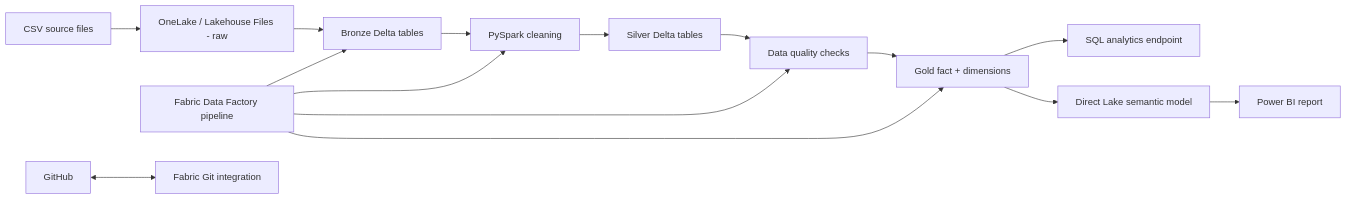
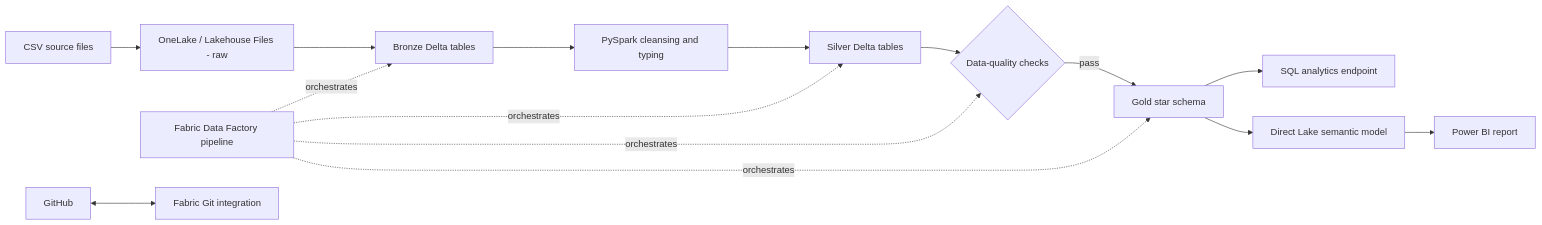
Before and after one commit to someshbvrm/microsoft-fabric-retail-analytics: the diagram in docs/architecture.md, drawn with Mermaid. The commit also changed other lines of this file and 11 other files, not shown here.

````diff
--- a/docs/architecture.md
+++ b/docs/architecture.md
@@ -3,17 +3,14 @@
 ```mermaid
 flowchart LR
     A[CSV source files] --> B[OneLake / Lakehouse Files - raw]
     B --> C[Bronze Delta tables]
-    C --> D[PySpark cleaning]
+    C --> D[PySpark cleansing and typing]
     D --> E[Silver Delta tables]
-    E --> F[Data quality checks]
-    F --> G[Gold fact + dimensions]
+    E --> F{Data-quality checks}
+    F -->|pass| G[Gold star schema]
     G --> H[SQL analytics endpoint]
     G --> I[Direct Lake semantic model]
     I --> J[Power BI report]
-    K[Fabric Data Factory pipeline] --> C
-    K --> D
-    K --> F
-    K --> G
+    K[Fabric Data Factory pipeline] -. orchestrates .-> C & E & F & G
     L[GitHub] <--> M[Fabric Git integration]
 ```
````
